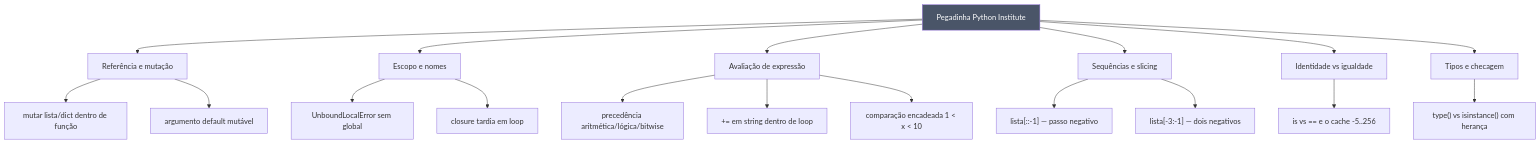
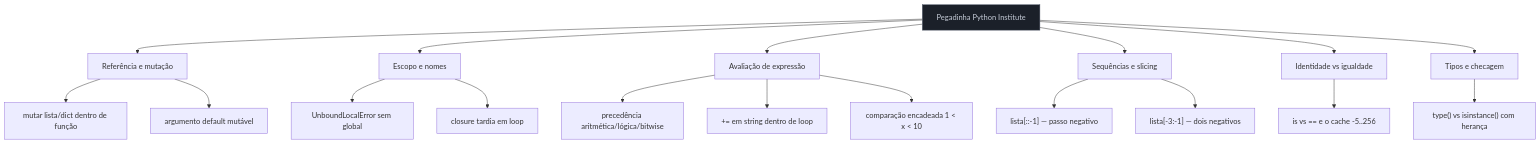
Before and after one commit to josenaldo/codex-technomanticus: the first of 2 diagrams in 03-Dominios/Tecnologia/Python/Certificação (PCEP-PCAP)/06 - Armadilhas comuns e o estilo de questão da Python Institute.md, drawn with Mermaid. The commit also changed other lines of this file and 1181 other files, not shown here.

First line of the commit message:
fix(diagramas): paleta do sistema no lugar de cor cravada no markdown

````diff
--- a/03-Dominios/Tecnologia/Python/Certificação (PCEP-PCAP)/06 - Armadilhas comuns e o estilo de questão da Python Institute.md
+++ b/03-Dominios/Tecnologia/Python/Certificação (PCEP-PCAP)/06 - Armadilhas comuns e o estilo de questão da Python Institute.md
@@ -27,28 +27,29 @@
 ```mermaid
 flowchart TD
+    classDef neutro fill:#1B2029,stroke:#4E5666,color:#C6CCD8
     A["Pegadinha Python Institute"] --> B["Referência e mutação"]
     A --> C["Escopo e nomes"]
     A --> D["Avaliação de expressão"]
     A --> E["Sequências e slicing"]
     A --> F["Identidade vs igualdade"]
     A --> G["Tipos e checagem"]
 
     B --> B1["mutar lista/dict dentro de função"]
     B --> B2["argumento default mutável"]
 
     C --> C1["UnboundLocalError sem global"]
     C --> C2["closure tardia em loop"]
 
     D --> D1["precedência aritmética/lógica/bitwise"]
     D --> D2["+= em string dentro de loop"]
     D --> D3["comparação encadeada 1 < x < 10"]
 
     E --> E1["lista[::-1] — passo negativo"]
     E --> E2["lista[-3:-1] — dois negativos"]
 
     F --> F1["is vs == e o cache -5..256"]
 
     G --> G1["type() vs isinstance() com herança"]
 
-    style A fill:#4a5568,color:#fff
+    class A neutro
 ```
````
